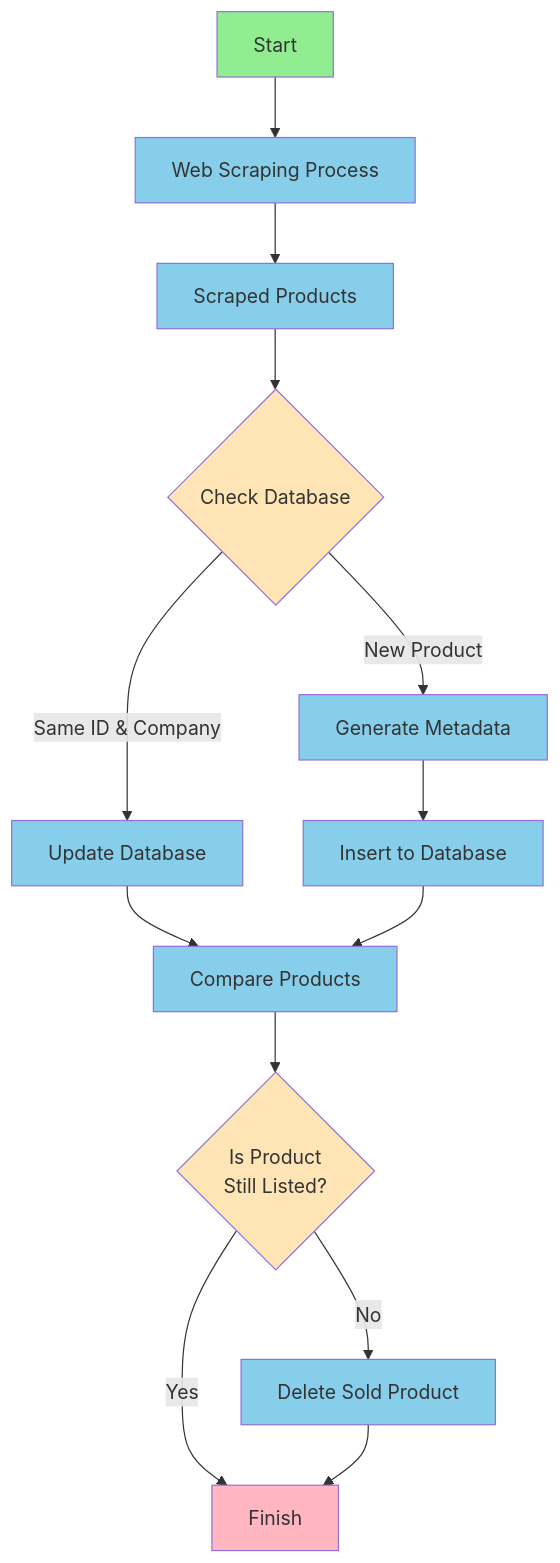
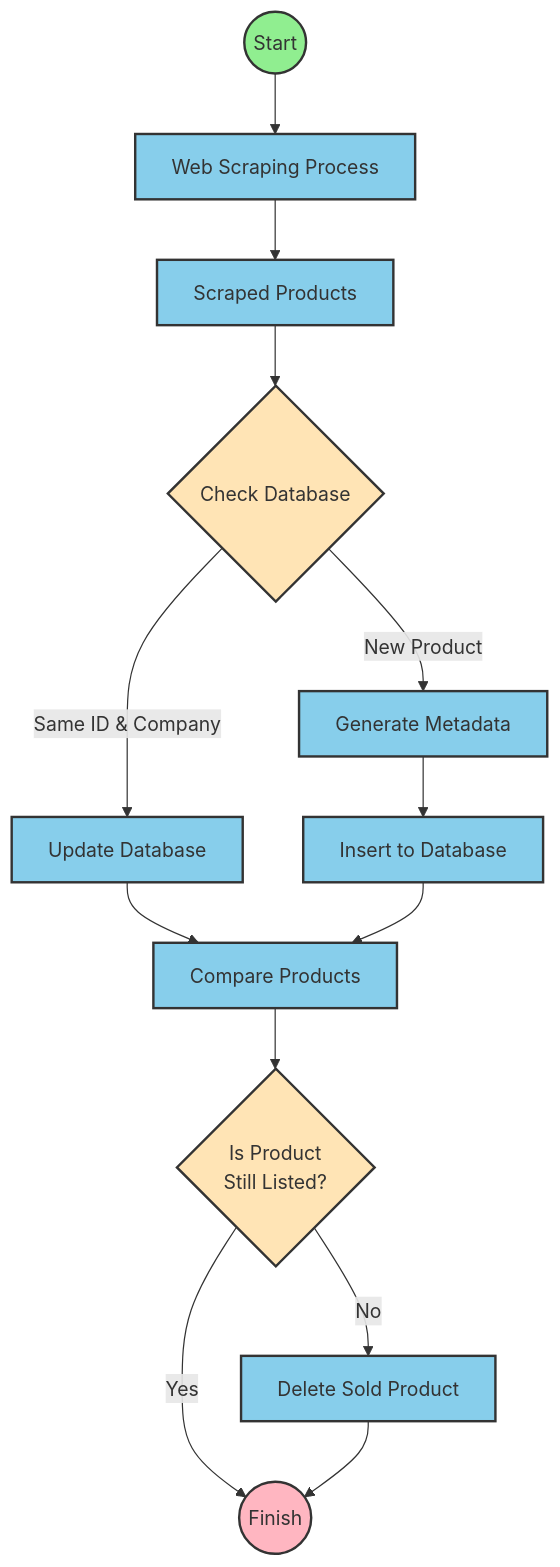
One commit to laguagu/kalustehaku changed the diagram in README.md. Above: the diagram before and after it, drawn with Mermaid.

````diff
--- a/README.md
+++ b/README.md
@@ -325,29 +325,29 @@
 ```mermaid
 flowchart TD
-    A[Start] --> B[Web Scraping Process]
+    A((Start)) --> B[Web Scraping Process]
     B --> C[Scraped Products]
     
     C --> D{Check Database}
     D -->|Same ID & Company| E[Update Database]
     D -->|New Product| F[Generate Metadata]
     
     F --> G[Insert to Database]
     
     E --> H[Compare Products]
     G --> H
     
     H --> I{Is Product\nStill Listed?}
     I -->|No| J[Delete Sold Product]
-    I -->|Yes| K[Finish]
+    I -->|Yes| K((Finish))
     J --> K
     
-    classDef startNode fill:#90EE90
-    classDef endNode fill:#FFB6C1
-    classDef checkNode fill:#FFE4B5
-    classDef processNode fill:#87CEEB
+    classDef startNode fill:#90EE90,stroke:#333,stroke-width:2px
+    classDef endNode fill:#FFB6C1,stroke:#333,stroke-width:2px
+    classDef checkNode fill:#FFE4B5,stroke:#333,stroke-width:2px
+    classDef processNode fill:#87CEEB,stroke:#333,stroke-width:2px
     
     class A startNode
     class K endNode
     class D,I checkNode
     class B,C,E,F,G,H,J processNode
 ```
````
